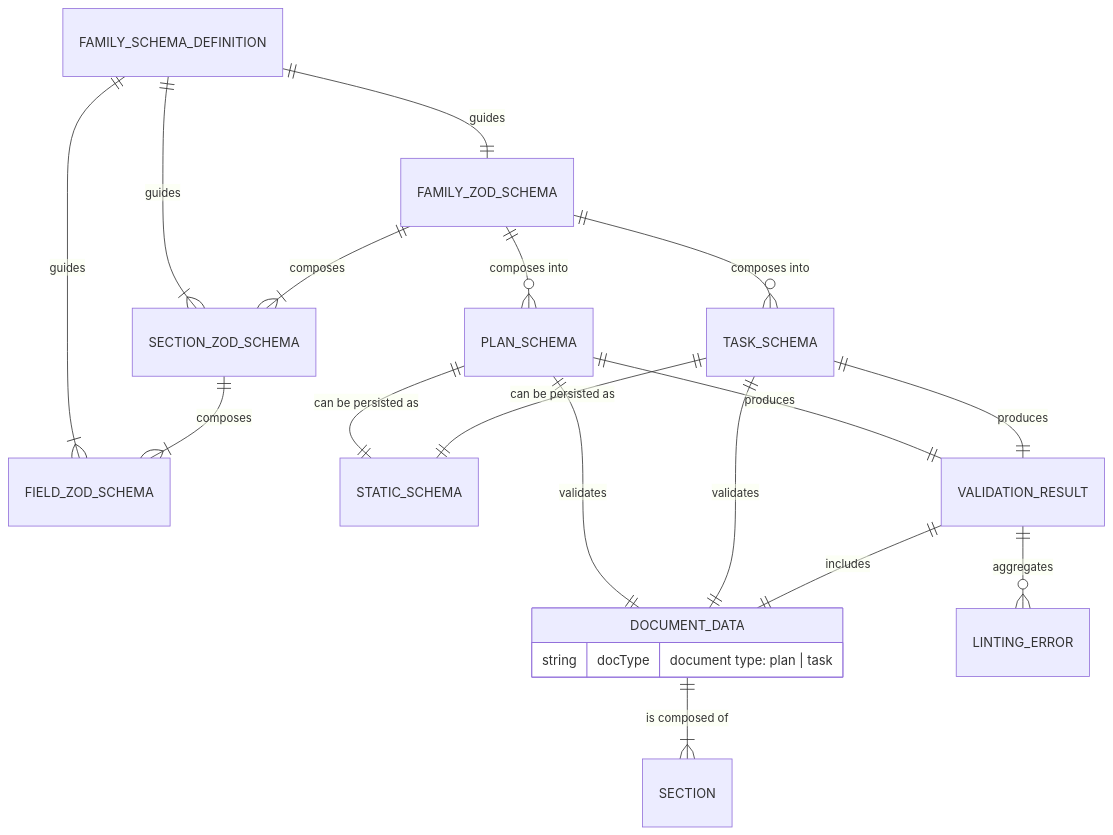
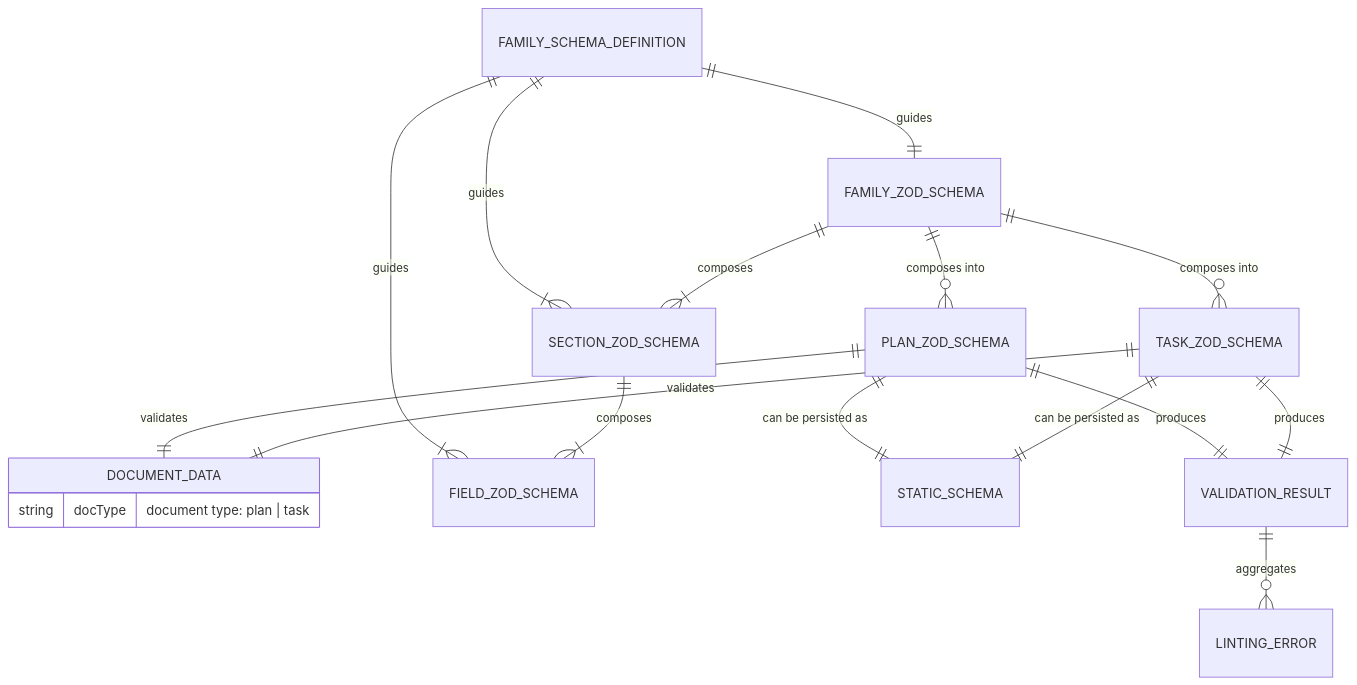
Before and after one commit to livelifelively/documentation-driven-development-tools: the second of 5 diagrams in docs/requirements/p1.p6-doc-content-validator.plan.md, drawn with Mermaid. The commit also changed other lines of this file and 2 other files, not shown here.

````diff
--- a/docs/requirements/p1.p6-doc-content-validator.plan.md
+++ b/docs/requirements/p1.p6-doc-content-validator.plan.md
@@ -111,28 +111,26 @@
 ```mermaid
 erDiagram
     DOCUMENT_DATA{
         string docType "document type: plan | task"
     }
 
     FAMILY_SCHEMA_DEFINITION ||--|| FAMILY_ZOD_SCHEMA : "guides"
     FAMILY_SCHEMA_DEFINITION ||--|{ SECTION_ZOD_SCHEMA : "guides"
     FAMILY_SCHEMA_DEFINITION ||--|{ FIELD_ZOD_SCHEMA : "guides"
 
     FAMILY_ZOD_SCHEMA ||--|{ SECTION_ZOD_SCHEMA : "composes"
     SECTION_ZOD_SCHEMA ||--|{ FIELD_ZOD_SCHEMA : "composes"
 
-    FAMILY_ZOD_SCHEMA ||--o{ PLAN_SCHEMA : "composes into"
-    FAMILY_ZOD_SCHEMA ||--o{ TASK_SCHEMA : "composes into"
+    FAMILY_ZOD_SCHEMA ||--o{ PLAN_ZOD_SCHEMA : "composes into"
+    FAMILY_ZOD_SCHEMA ||--o{ TASK_ZOD_SCHEMA : "composes into"
 
-    PLAN_SCHEMA ||--|| STATIC_SCHEMA : "can be persisted as"
-    TASK_SCHEMA ||--|| STATIC_SCHEMA : "can be persisted as"
+    PLAN_ZOD_SCHEMA ||--|| STATIC_SCHEMA : "can be persisted as"
+    TASK_ZOD_SCHEMA ||--|| STATIC_SCHEMA : "can be persisted as"
 
-    PLAN_SCHEMA ||--|| DOCUMENT_DATA : "validates"
-    TASK_SCHEMA ||--|| DOCUMENT_DATA : "validates"
-    DOCUMENT_DATA ||--|{ SECTION : "is composed of"
+    PLAN_ZOD_SCHEMA ||--|| DOCUMENT_DATA : "validates"
+    TASK_ZOD_SCHEMA ||--|| DOCUMENT_DATA : "validates"
 
-    PLAN_SCHEMA ||--|| VALIDATION_RESULT : "produces"
-    TASK_SCHEMA ||--|| VALIDATION_RESULT : "produces"
+    PLAN_ZOD_SCHEMA ||--|| VALIDATION_RESULT : "produces"
+    TASK_ZOD_SCHEMA ||--|| VALIDATION_RESULT : "produces"
     VALIDATION_RESULT ||--o{ LINTING_ERROR : "aggregates"
-    VALIDATION_RESULT ||--|| DOCUMENT_DATA : "includes"
 ```
````
